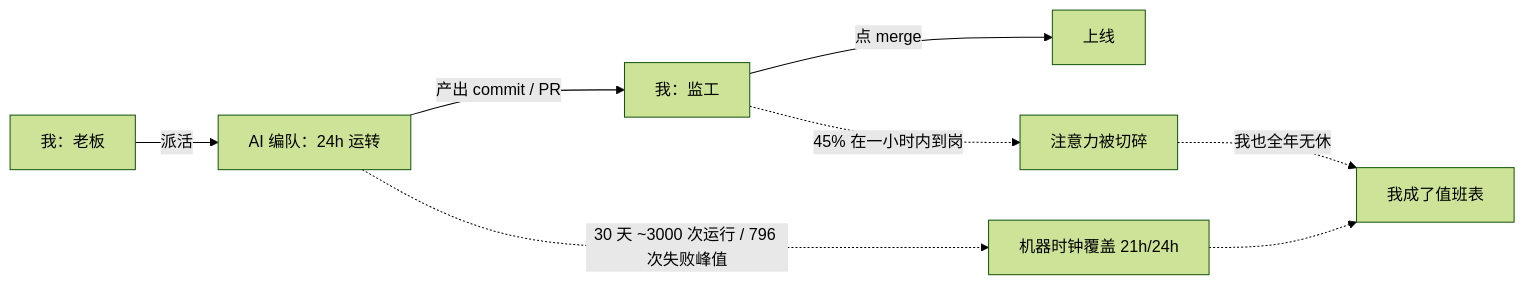
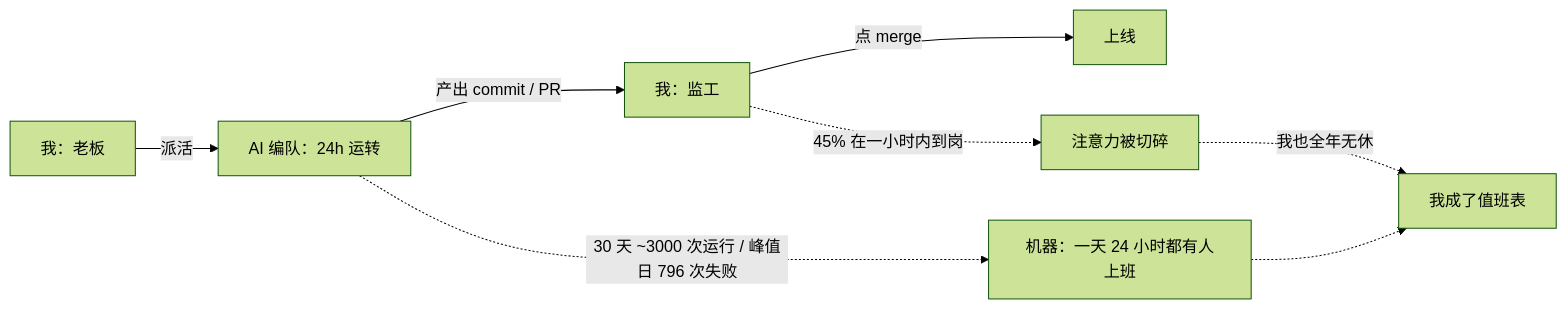
One commit to SilenWang/silen_blog changed the fifth of 5 diagrams in blog_cn/source/_posts/我给AI排了24小时班-把自己排成了值班表.md. Above: the diagram before and after it, drawn with Mermaid (forest theme). The commit also changed other lines of this file, not shown here.

````diff
--- a/blog_cn/source/_posts/我给AI排了24小时班-把自己排成了值班表.md
+++ b/blog_cn/source/_posts/我给AI排了24小时班-把自己排成了值班表.md
@@ -119,10 +119,10 @@
 ```mermaid
 flowchart LR
     A["我：老板"] -->|派活| B["AI 编队：24h 运转"]
     B -->|"产出 commit / PR"| C["我：监工"]
     C -->|"点 merge"| D["上线"]
     C -.->|"45% 在一小时内到岗"| E["注意力被切碎"]
-    B -.->|"30 天 ~3000 次运行 / 796 次失败峰值"| F["机器时钟覆盖 21h/24h"]
+    B -.->|"30 天 ~3000 次运行 / 峰值日 796 次失败"| F["机器：一天 24 小时都有人上班"]
     E -.->|"我也全年无休"| G["我成了值班表"]
     F -.-> G
 ```
````
